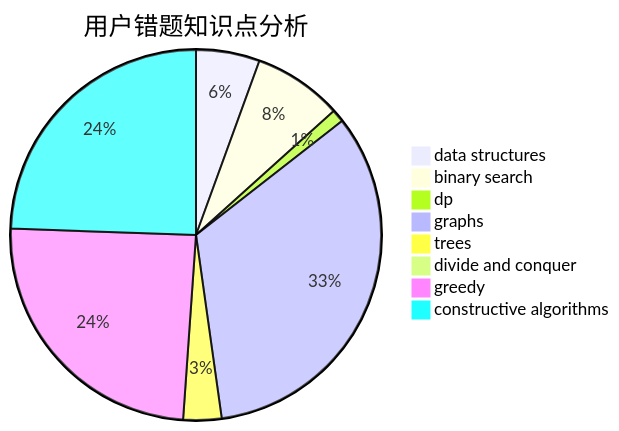
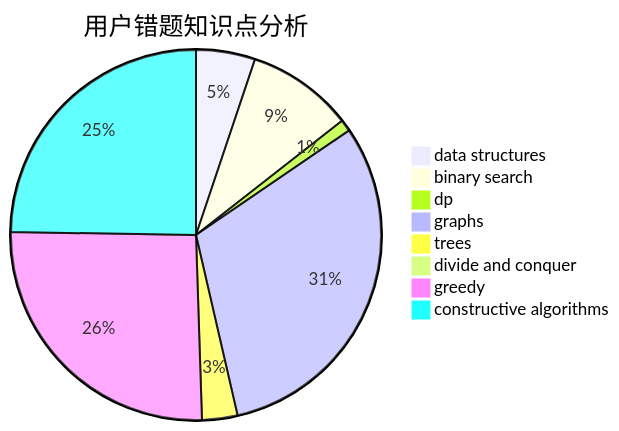
Before and after one commit to sherpahu/cfrs.github.io: the third of 3 diagrams in docs/user/u2025.md, drawn with Mermaid. The commit also changed other lines of this file and 2770 other files, not shown here.

````diff
--- a/docs/user/u2025.md
+++ b/docs/user/u2025.md
@@ -36,11 +36,11 @@
 ```mermaid
 pie title 用户错题知识点分析
     "data structures" :  5
-    "binary search" :  7
+    "binary search" :  9
     "dp" :  1
     "graphs" :  30
     "trees" :  3
     "divide and conquer" :  0
-    "greedy" :  22
-    "constructive algorithms" :  22
+    "greedy" :  25
+    "constructive algorithms" :  24
 ```
````
